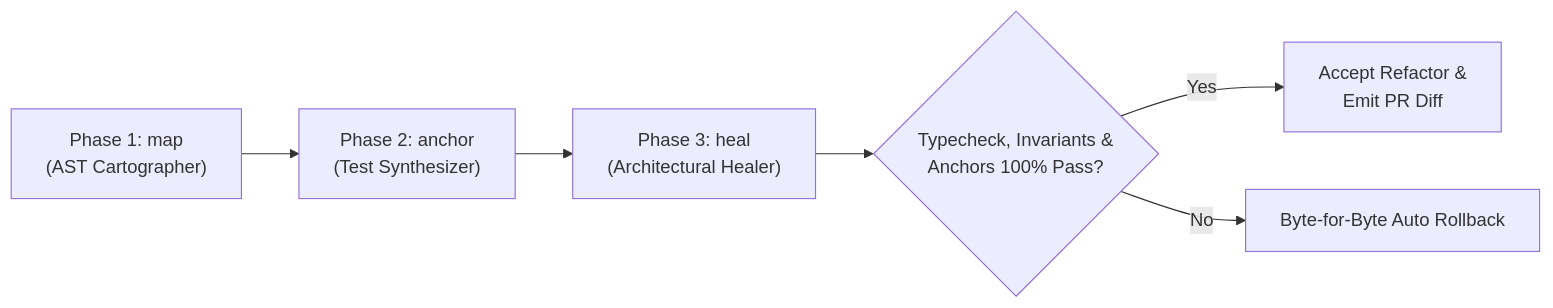
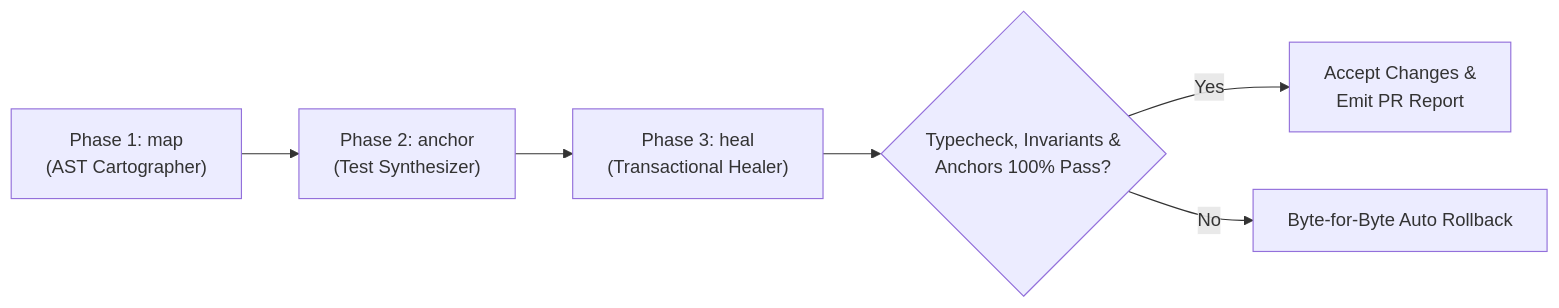
One commit to NeilPant/vibedebt changed the diagram in README.md. Above: the diagram before and after it, drawn with Mermaid. The commit also changed other lines of this file and 23 other files, not shown here.

````diff
--- a/README.md
+++ b/README.md
@@ -81,8 +101,8 @@
 ```mermaid
 flowchart LR
   A["Phase 1: map<br/>(AST Cartographer)"] --> B["Phase 2: anchor<br/>(Test Synthesizer)"]
-  B --> C["Phase 3: heal<br/>(Architectural Healer)"]
+  B --> C["Phase 3: heal<br/>(Transactional Healer)"]
   C --> D{"Typecheck, Invariants &<br/>Anchors 100% Pass?"}
-  D -->|Yes| E["Accept Refactor &<br/>Emit PR Diff"]
+  D -->|Yes| E["Accept Changes &<br/>Emit PR Report"]
   D -->|No| F["Byte-for-Byte Auto Rollback"]
 ```
````
